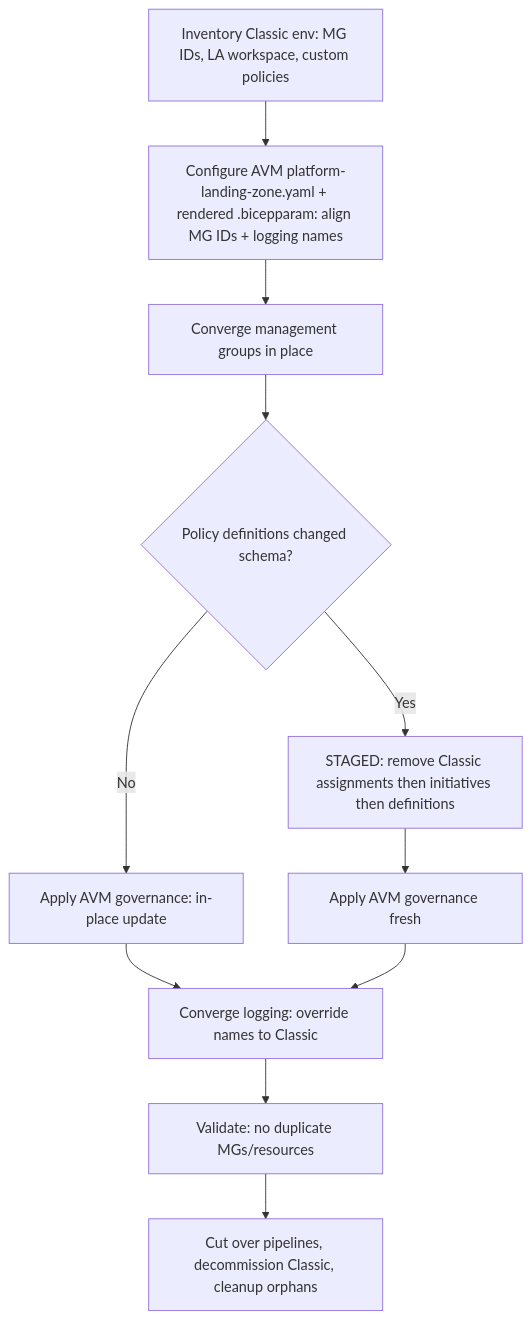
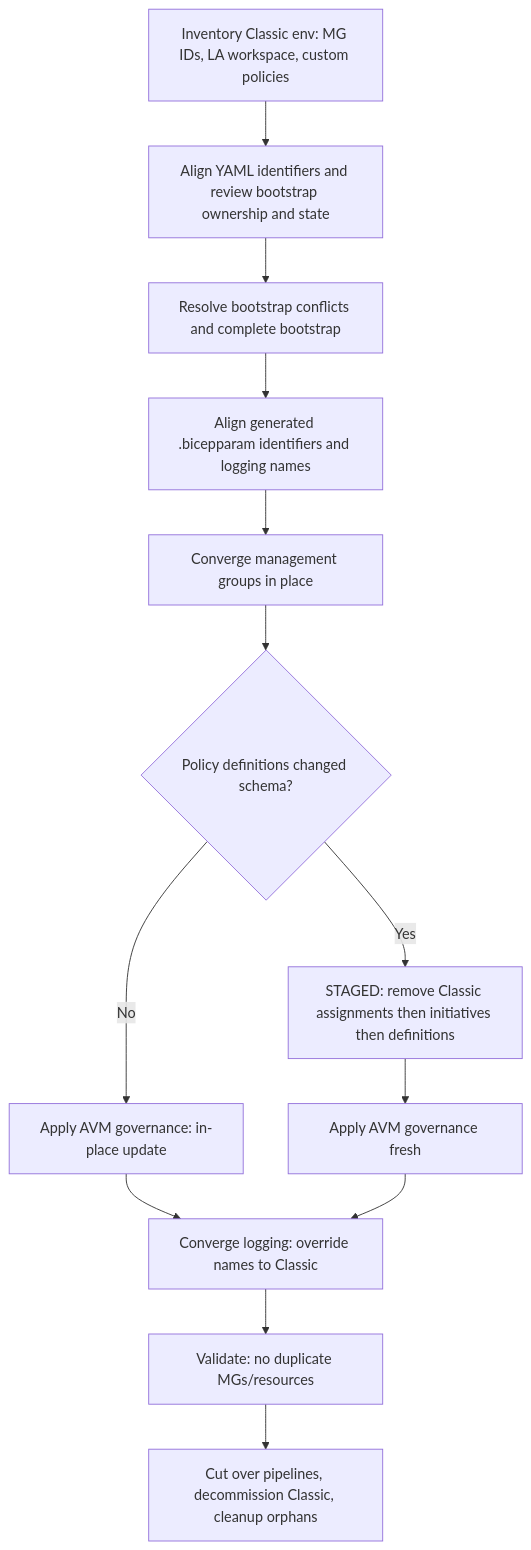
The diagram in docs/content/bicep/migration/_index.md (Azure/Azure-Landing-Zones), drawn with Mermaid before and after one commit. The commit also changed other lines of this file and 2 other files, not shown here.

Commit message:
docs: clarify Bicep migration bootstrap and existing-resource adoption

````diff
--- a/docs/content/bicep/migration/_index.md
+++ b/docs/content/bicep/migration/_index.md
@@ -88,13 +88,15 @@
 ```mermaid
 flowchart TD
-    A[Inventory Classic env: MG IDs, LA workspace, custom policies] --> B[Configure AVM platform-landing-zone.yaml + rendered .bicepparam: align MG IDs + logging names]
-    B --> C[Converge management groups in place]
+    A[Inventory Classic env: MG IDs, LA workspace, custom policies] --> B[Align YAML identifiers and review bootstrap ownership and state]
+    B --> K[Resolve bootstrap conflicts and complete bootstrap]
+    K --> L[Align generated .bicepparam identifiers and logging names]
+    L --> C[Converge management groups in place]
     C --> D{Policy definitions changed schema?}
     D -- No --> E[Apply AVM governance: in-place update]
     D -- Yes --> F[STAGED: remove Classic assignments then initiatives then definitions]
     F --> G[Apply AVM governance fresh]
     E --> H[Converge logging: override names to Classic]
     G --> H
     H --> I[Validate: no duplicate MGs/resources]
     I --> J[Cut over pipelines, decommission Classic, cleanup orphans]
 ```
````
